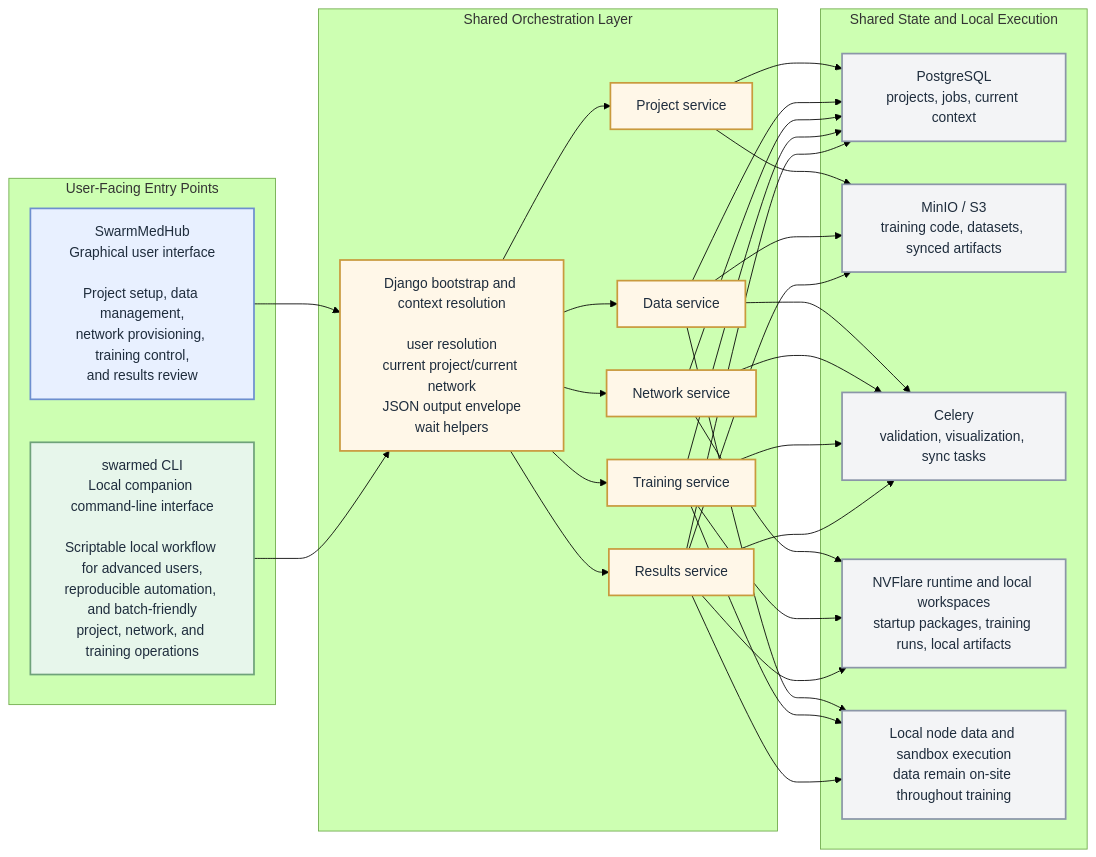
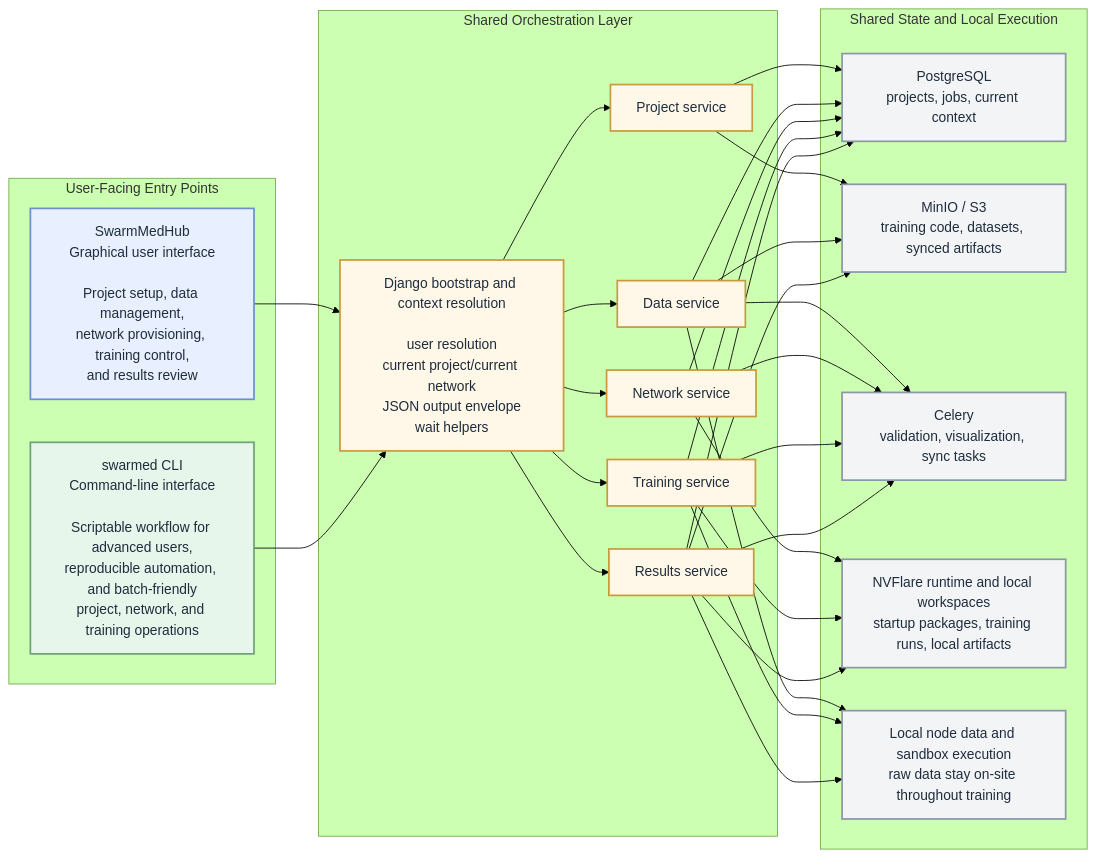
Before and after one commit to KatherLab/SwarmMed: the first of 3 diagrams in docs/background.md, drawn with Mermaid (forest theme). The commit also changed other lines of this file and 7 other files, not shown here.

````diff
--- a/docs/background.md
+++ b/docs/background.md
@@ -24,66 +26,66 @@
 ``` mermaid
 flowchart LR
 
     subgraph A["User-Facing Entry Points"]
         HUB["SwarmMedHub<br/>Graphical user interface<br/><br/>Project setup, data management,<br/>network provisioning, training control,<br/>and results review"]
-        CLI["swarmed CLI<br/>Local companion command-line interface<br/><br/>Scriptable local workflow for advanced users,<br/>reproducible automation, and batch-friendly<br/>project, network, and training operations"]
+        CLI["swarmed CLI<br/>Command-line interface<br/><br/>Scriptable workflow for advanced users,<br/>reproducible automation, and batch-friendly<br/>project, network, and training operations"]
     end
 
     subgraph B["Shared Orchestration Layer"]
         BOOT["Django bootstrap and context resolution<br/><br/>user resolution<br/>current project/current network<br/>JSON output envelope<br/>wait helpers"]
         PROJ["Project service"]
         DATA["Data service"]
         NET["Network service"]
         TRAIN["Training service"]
         RES["Results service"]
     end
 
     subgraph C["Shared State and Local Execution"]
         DB["PostgreSQL<br/>projects, jobs, current context"]
         S3["MinIO / S3<br/>training code, datasets, synced artifacts"]
         CEL["Celery<br/>validation, visualization, sync tasks"]
         FLARE["NVFlare runtime and local workspaces<br/>startup packages, training runs, local artifacts"]
-        LOCAL["Local node data and sandbox execution<br/>data remain on-site throughout training"]
+        LOCAL["Local node data and sandbox execution<br/>raw data stay on-site throughout training"]
     end
 
     HUB --> BOOT
     CLI --> BOOT
 
     BOOT --> PROJ
     BOOT --> DATA
     BOOT --> NET
     BOOT --> TRAIN
     BOOT --> RES
 
     PROJ --> DB
     DATA --> DB
     NET --> DB
     TRAIN --> DB
     RES --> DB
 
     PROJ --> S3
     DATA --> S3
     RES --> S3
 
     DATA --> CEL
     NET --> CEL
     TRAIN --> CEL
     RES --> CEL
 
     NET --> FLARE
     TRAIN --> FLARE
     RES --> FLARE
     DATA --> LOCAL
     TRAIN --> LOCAL
     RES --> LOCAL
 
     classDef hub fill:#e8f0ff,stroke:#6d8fcf,stroke-width:2px,color:#1f2d3d;
     classDef cli fill:#e7f6eb,stroke:#6fa27a,stroke-width:2px,color:#1f2d3d;
     classDef service fill:#fff7e8,stroke:#c99a3d,stroke-width:2px,color:#1f2d3d;
     classDef state fill:#f3f4f6,stroke:#8b96a8,stroke-width:2px,color:#1f2d3d;
 
     class HUB hub;
     class CLI cli;
     class BOOT,PROJ,DATA,NET,TRAIN,RES service;
     class DB,S3,CEL,FLARE,LOCAL state;
 ```
````
